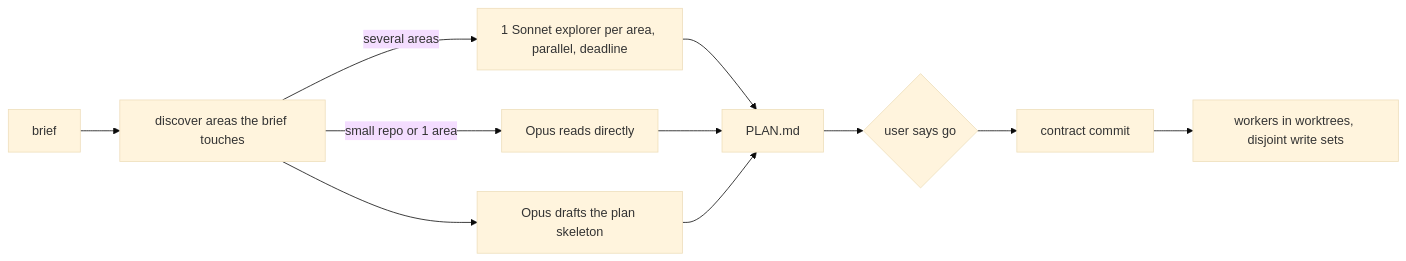
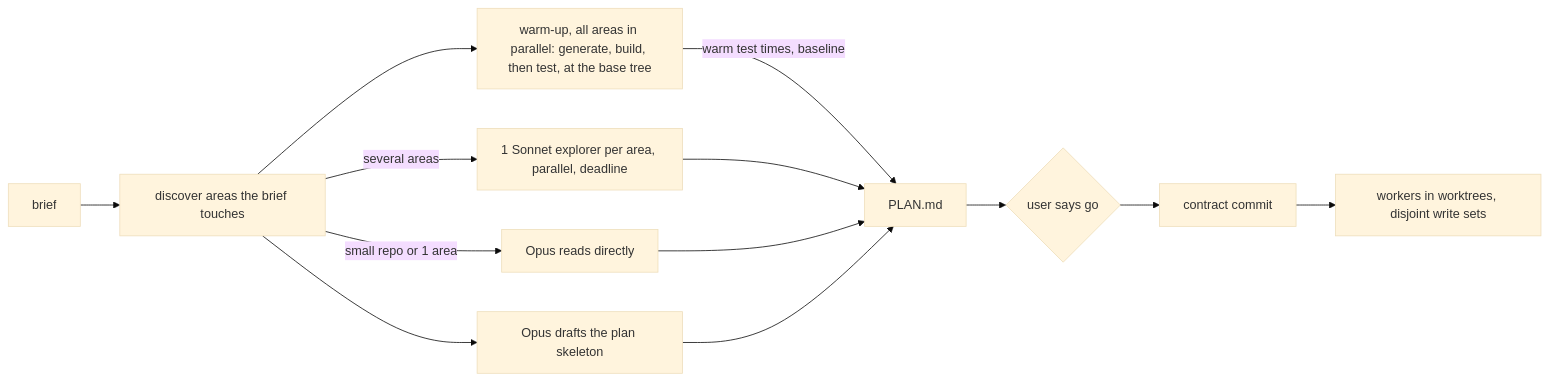
One commit to calube/swift-harness changed the diagram in docs/designs/2026-10-03-brownfield-profile-design.md. Above: the diagram before and after it, drawn with Mermaid (base theme). The commit also changed other lines of this file, not shown here.

Commit message:
docs: add a background warm-up to the brownfield design

````diff
--- a/docs/designs/2026-10-03-brownfield-profile-design.md
+++ b/docs/designs/2026-10-03-brownfield-profile-design.md
@@ -233,13 +237,15 @@
 ```mermaid
 flowchart LR
   brief[brief] --> areas[discover areas the brief touches]
   areas -->|small repo or 1 area| opus[Opus reads directly]
   areas -->|several areas| ex[1 Sonnet explorer per area, parallel, deadline]
   areas --> skel[Opus drafts the plan skeleton]
+  areas --> warm[warm-up, all areas in parallel: generate, build, then test, at the base tree]
+  warm -->|warm test times, baseline| plan
   ex --> plan[PLAN.md]
   opus --> plan
   skel --> plan
   plan --> go{user says go}
   go --> contract[contract commit]
   contract --> workers[workers in worktrees, disjoint write sets]
 ```
````
